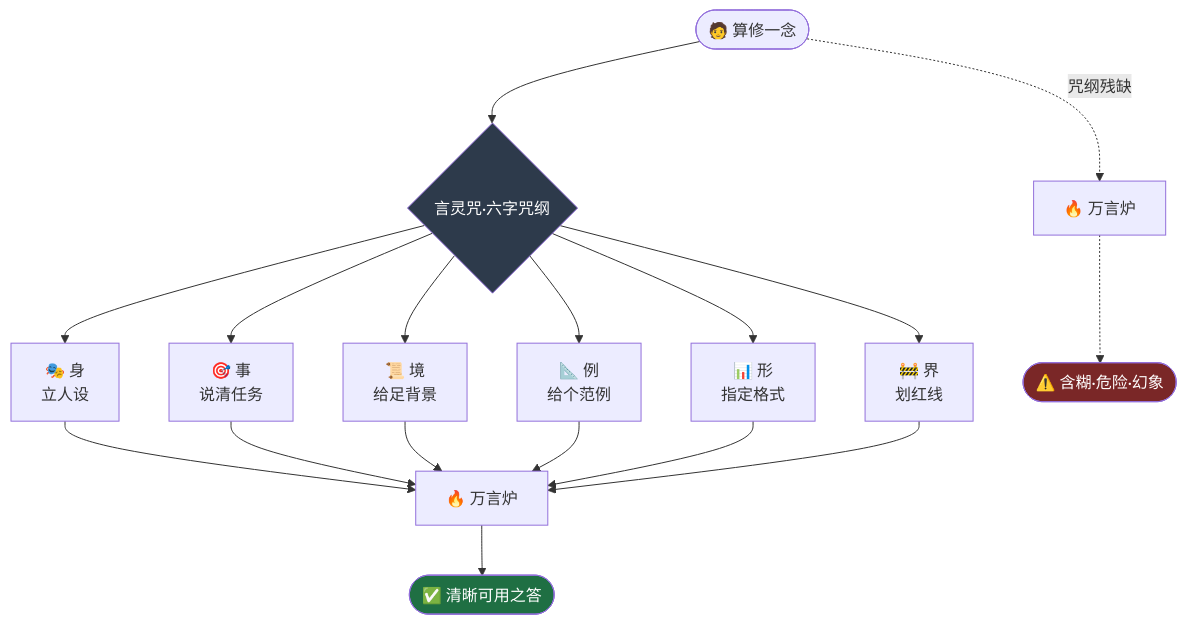
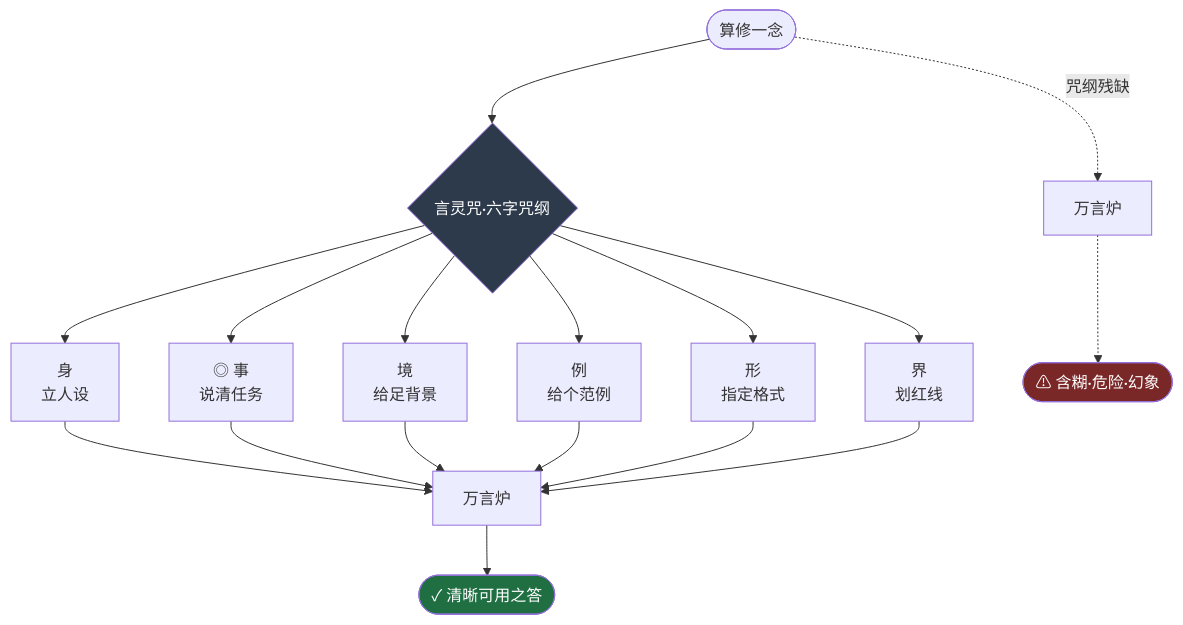
The diagram in docs/09_STORY_修仙学AI/STORY-筑基/[STORY-章节-117] 第03章 筑基·言灵咒.md (luckykhy/KhyAiHub), drawn with Mermaid before and after one commit. The commit also changed other lines of this file and 19 other files, not shown here.

````diff
--- a/docs/09_STORY_修仙学AI/STORY-筑基/[STORY-章节-117] 第03章 筑基·言灵咒.md
+++ b/docs/09_STORY_修仙学AI/STORY-筑基/[STORY-章节-117] 第03章 筑基·言灵咒.md
@@ -97,17 +97,17 @@
 ```mermaid
 flowchart TD
-    A([🧑 算修一念]) --> B{言灵咒·六字咒纲}
-    B --> S1[🎭 身<br/>立人设]
-    B --> S2[🎯 事<br/>说清任务]
-    B --> S3[📜 境<br/>给足背景]
-    B --> S4[📐 例<br/>给个范例]
-    B --> S5[📊 形<br/>指定格式]
-    B --> S6[🚧 界<br/>划红线]
-    S1 & S2 & S3 & S4 & S5 & S6 --> C[🔥 万言炉]
-    C --> D([✅ 清晰可用之答])
-    A -. 咒纲残缺 .-> E[🔥 万言炉]
-    E -.-> F([⚠️ 含糊·危险·幻象])
+    A([算修一念]) --> B{言灵咒·六字咒纲}
+    B --> S1[身<br/>立人设]
+    B --> S2[◎ 事<br/>说清任务]
+    B --> S3[境<br/>给足背景]
+    B --> S4[例<br/>给个范例]
+    B --> S5[形<br/>指定格式]
+    B --> S6[界<br/>划红线]
+    S1 & S2 & S3 & S4 & S5 & S6 --> C[万言炉]
+    C --> D([✓ 清晰可用之答])
+    A -. 咒纲残缺 .-> E[万言炉]
+    E -.-> F([⚠ 含糊·危险·幻象])
     style B fill:#2d3a4b,color:#fff
     style D fill:#1f6f43,color:#fff
     style F fill:#7a2727,color:#fff
 ```
````
